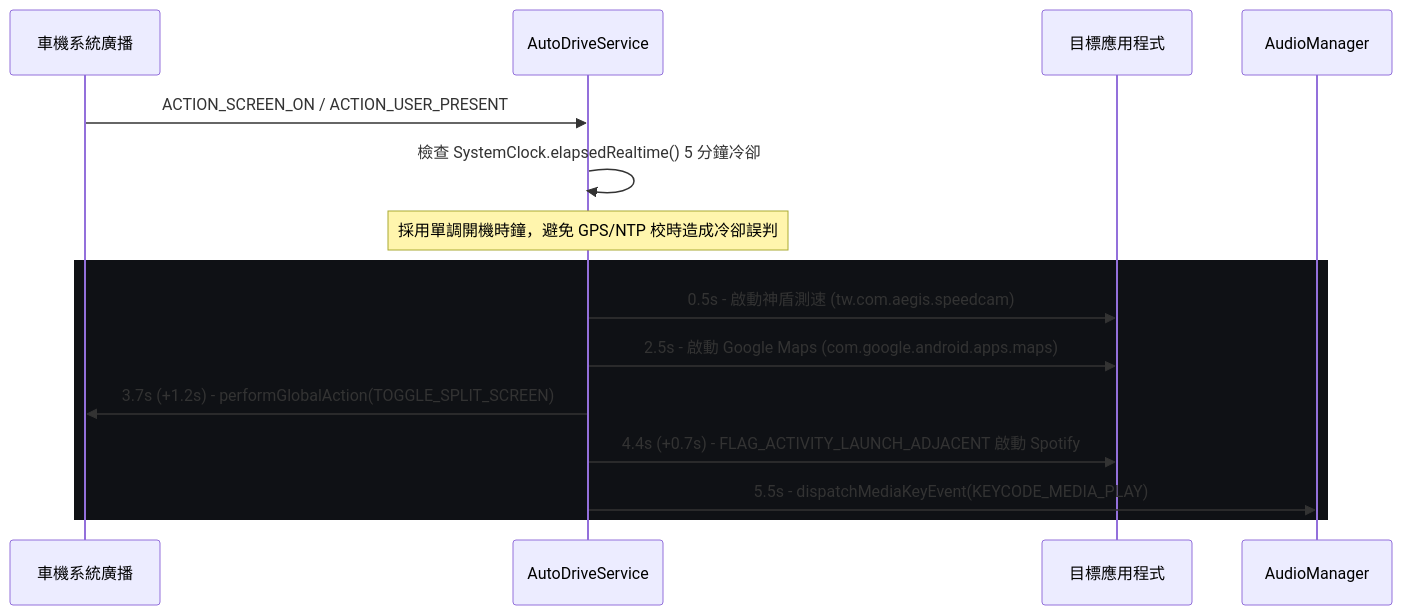
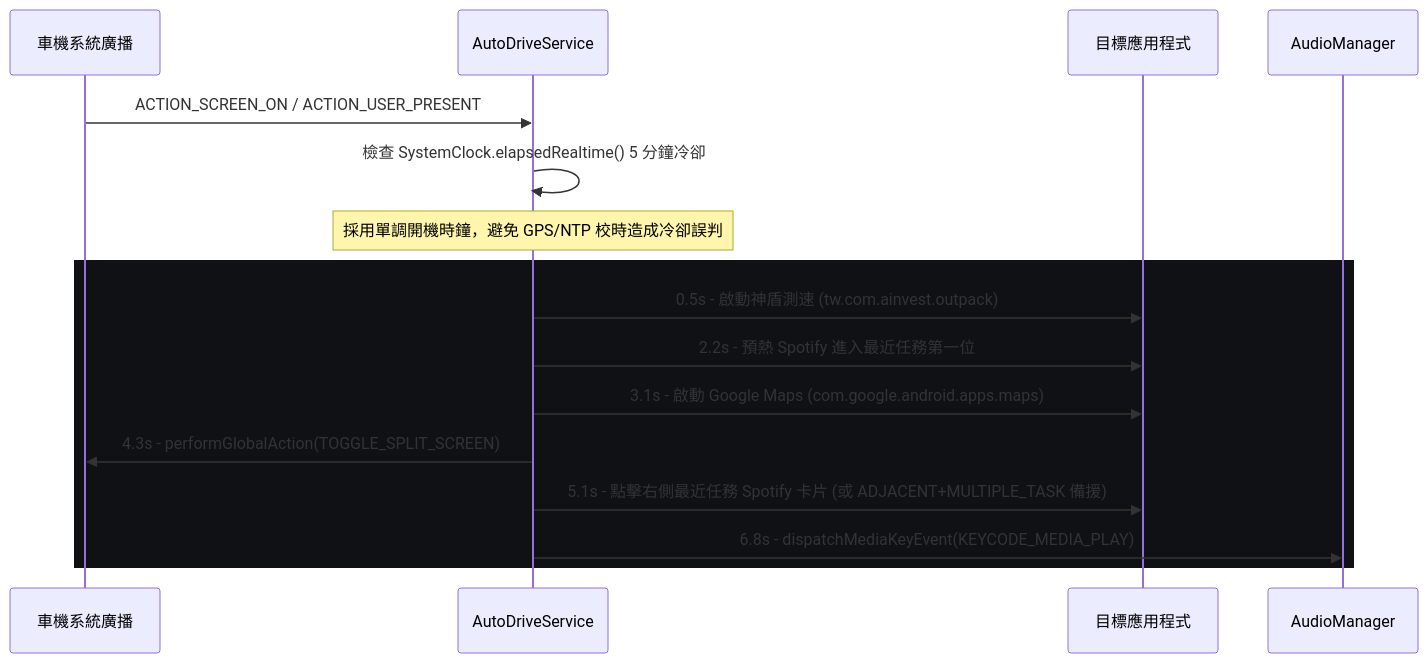
Before and after one commit to joe10897/infinitiX_CarLauncher: the second of 2 diagrams in README.md, drawn with Mermaid. The commit also changed other lines of this file and 23 other files, not shown here.

Commit message:
feat: add media sync, GPS telemetry, app drawer, and fix Speedcam, voice home nav, and FYT split-screen

````diff
--- a/README.md
+++ b/README.md
@@ -85,19 +86,20 @@
 ```mermaid
 sequenceDiagram
     participant SYS as 車機系統廣播
     participant ADS as AutoDriveService
     participant APP as 目標應用程式
     participant AUD as AudioManager
 
     SYS->>ADS: ACTION_SCREEN_ON / ACTION_USER_PRESENT
     ADS->>ADS: 檢查 SystemClock.elapsedRealtime() 5 分鐘冷卻
     Note over ADS: 採用單調開機時鐘，避免 GPS/NTP 校時造成冷卻誤判
 
     rect rgb(15, 17, 21)
-        ADS->>APP: 0.5s - 啟動神盾測速 (tw.com.aegis.speedcam)
-        ADS->>APP: 2.5s - 啟動 Google Maps (com.google.android.apps.maps)
-        ADS->>SYS: 3.7s (+1.2s) - performGlobalAction(TOGGLE_SPLIT_SCREEN)
-        ADS->>APP: 4.4s (+0.7s) - FLAG_ACTIVITY_LAUNCH_ADJACENT 啟動 Spotify
-        ADS->>AUD: 5.5s - dispatchMediaKeyEvent(KEYCODE_MEDIA_PLAY)
+        ADS->>APP: 0.5s - 啟動神盾測速 (tw.com.ainvest.outpack)
+        ADS->>APP: 2.2s - 預熱 Spotify 進入最近任務第一位
+        ADS->>APP: 3.1s - 啟動 Google Maps (com.google.android.apps.maps)
+        ADS->>SYS: 4.3s - performGlobalAction(TOGGLE_SPLIT_SCREEN)
+        ADS->>APP: 5.1s - 點擊右側最近任務 Spotify 卡片 (或 ADJACENT+MULTIPLE_TASK 備援)
+        ADS->>AUD: 6.8s - dispatchMediaKeyEvent(KEYCODE_MEDIA_PLAY)
     end
 ```
````
